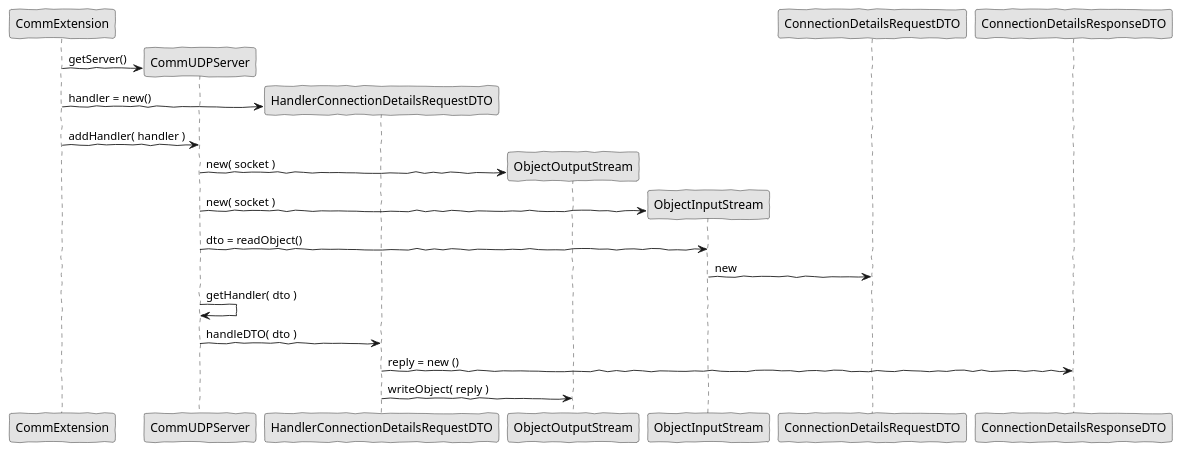
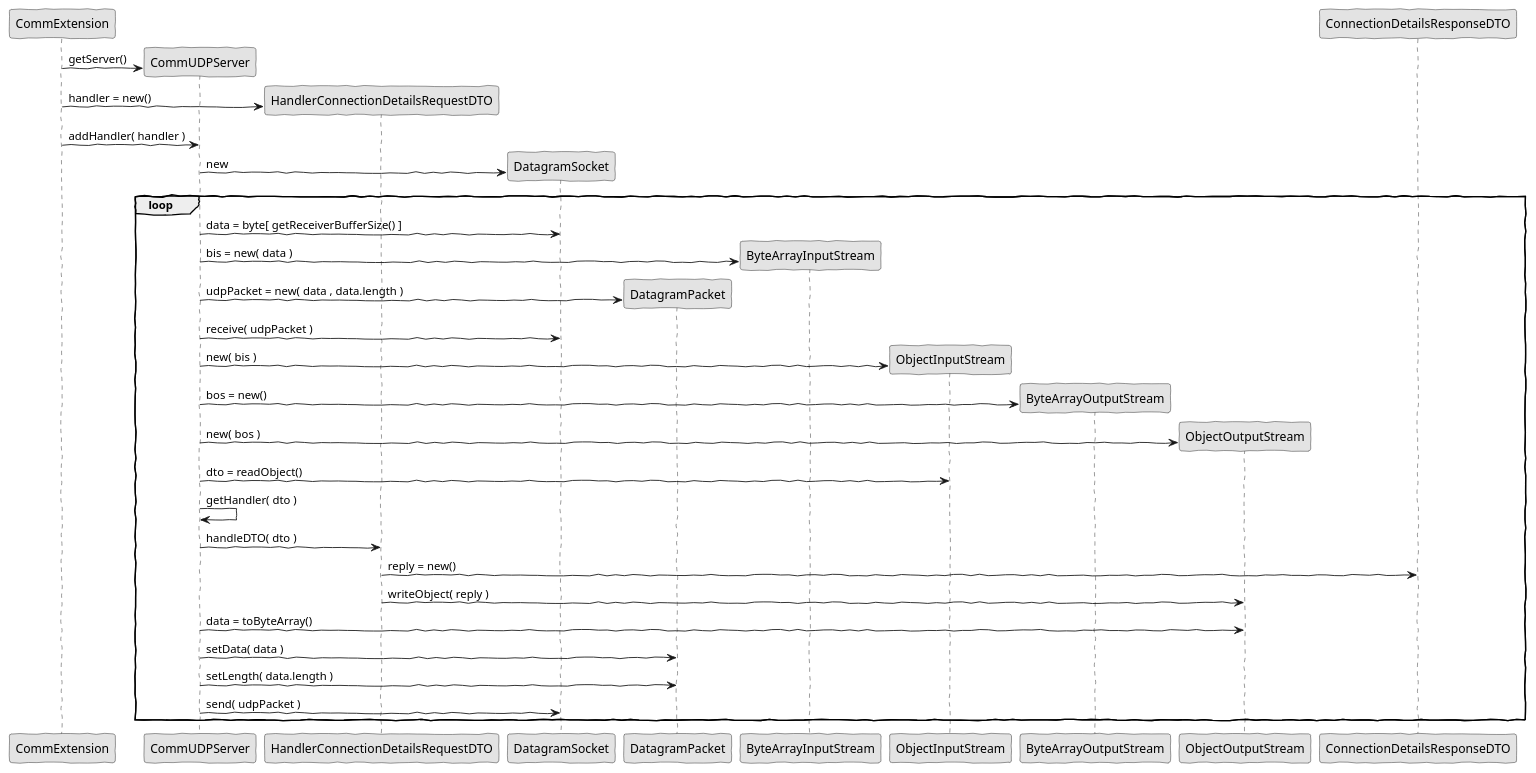
The diagram in src/main/java/lapr4/green/s1/ipc/n1150532/startSharing/ipc_01_1_design_udp_server.puml (MikeTekOn/lapr4-2017-2dd), drawn with PlantUML before and after one commit. The commit also changed 3 other files, not shown here.

Commit message:
LAPR4E17DD-119 #time 1h 16m #comment I've fixed the UDP design. I've fixed the TCP diagram to include the loop.

```diff
--- a/src/main/java/lapr4/green/s1/ipc/n1150532/startSharing/ipc_01_1_design_udp_server.puml
+++ b/src/main/java/lapr4/green/s1/ipc/n1150532/startSharing/ipc_01_1_design_udp_server.puml
@@ -1,33 +1,51 @@
 @startuml
 
 skinparam handwritten true
 skinparam monochrome true
 skinparam packageStyle rect
 skinparam defaultFontName FG Virgil
 skinparam shadowing false
 
 participant "CommExtension"
 participant "CommUDPServer"
 participant "HandlerConnectionDetailsRequestDTO"
+participant "DatagramSocket"
+participant "DatagramPacket"
+participant "ByteArrayInputStream"
+participant "ObjectInputStream"
+participant "ByteArrayOutputStream"
 participant "ObjectOutputStream"
-participant "ObjectInputStream"
-participant "ConnectionDetailsRequestDTO"
 participant "ConnectionDetailsResponseDTO"
 
 create CommUDPServer
 CommExtension -> CommUDPServer : getServer()
 create HandlerConnectionDetailsRequestDTO
 CommExtension -> HandlerConnectionDetailsRequestDTO : handler = new()
 CommExtension -> CommUDPServer : addHandler( handler )
+create DatagramSocket
+CommUDPServer -> DatagramSocket : new
+loop
+CommUDPServer -> DatagramSocket : data = byte[ getReceiverBufferSize() ]
+create ByteArrayInputStream
+CommUDPServer -> ByteArrayInputStream : bis = new( data )
+create DatagramPacket
+CommUDPServer -> DatagramPacket : udpPacket = new( data , data.length )
+CommUDPServer -> DatagramSocket : receive( udpPacket )
+create ObjectInputStream
+CommUDPServer -> ObjectInputStream : new( bis )
+create ByteArrayOutputStream
+CommUDPServer -> ByteArrayOutputStream : bos = new()
 create ObjectOutputStream
-CommUDPServer -> ObjectOutputStream : new( socket )
-create ObjectInputStream
-CommUDPServer -> ObjectInputStream : new( socket )
+CommUDPServer -> ObjectOutputStream : new( bos )
 CommUDPServer -> ObjectInputStream : dto = readObject()
-ObjectInputStream -> ConnectionDetailsRequestDTO : new
 CommUDPServer -> CommUDPServer : getHandler( dto )
 CommUDPServer -> HandlerConnectionDetailsRequestDTO : handleDTO( dto )
-HandlerConnectionDetailsRequestDTO -> ConnectionDetailsResponseDTO : reply = new ()
+HandlerConnectionDetailsRequestDTO -> ConnectionDetailsResponseDTO : reply = new()
 HandlerConnectionDetailsRequestDTO -> ObjectOutputStream : writeObject( reply )
+CommUDPServer -> ObjectOutputStream : data = toByteArray()
+CommUDPServer -> DatagramPacket : setData( data )
+CommUDPServer -> DatagramPacket : setLength( data.length )
+CommUDPServer -> DatagramSocket : send( udpPacket )
+end loop
 
 @enduml
```
